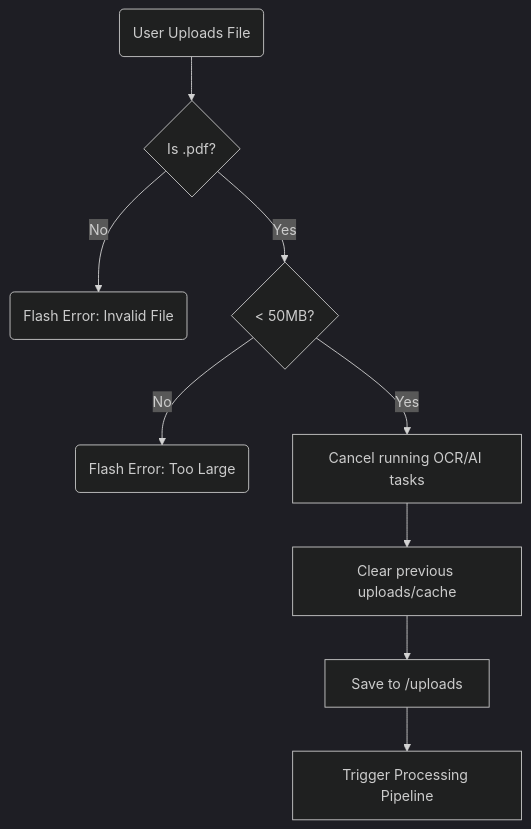
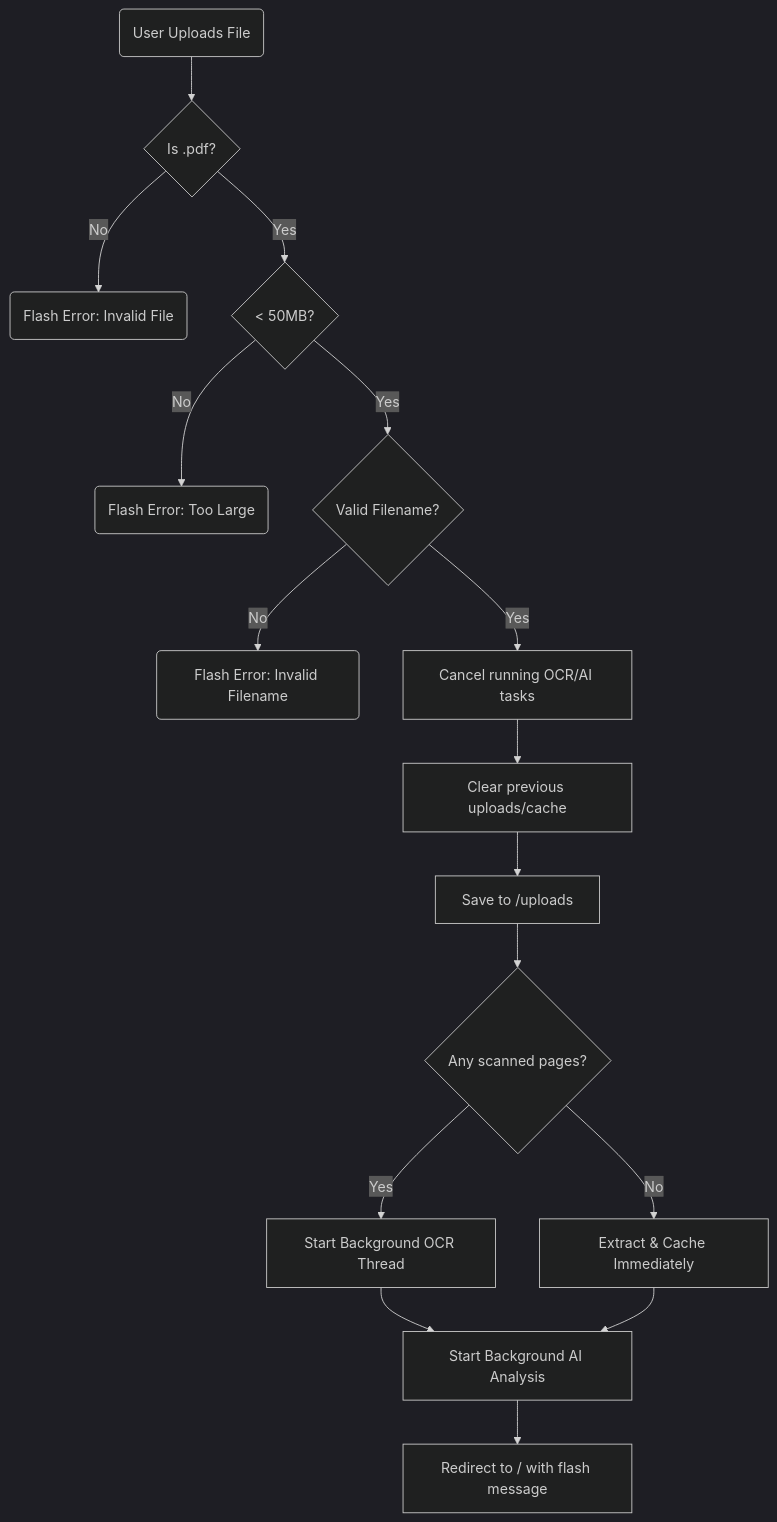
One commit to venkatesh-0910/fileSearchEngine changed the seventh of 10 diagrams in README.md. Above: the diagram before and after it, drawn with Mermaid (dark theme). The commit also changed other lines of this file, not shown here.

````diff
--- a/README.md
+++ b/README.md
@@ -297,11 +739,18 @@
 ```mermaid
 flowchart TD
     Start(User Uploads File) --> ValidExt{Is .pdf?}
     ValidExt -- No --> UIError("Flash Error: Invalid File")
     ValidExt -- Yes --> ValidSize{"< 50MB?"}
     ValidSize -- No --> UILarge("Flash Error: Too Large")
-    ValidSize -- Yes --> Cancel[Cancel running OCR/AI tasks]
+    ValidSize -- Yes --> ValidName{Valid Filename?}
+    ValidName -- No --> UIName("Flash Error: Invalid Filename")
+    ValidName -- Yes --> Cancel[Cancel running OCR/AI tasks]
     Cancel --> CleanCache[Clear previous uploads/cache]
     CleanCache --> Save[Save to /uploads]
-    Save --> Next[Trigger Processing Pipeline]
+    Save --> QuickScan{Any scanned pages?}
+    QuickScan -- Yes --> StartOCR[Start Background OCR Thread]
+    QuickScan -- No --> ExtractNow[Extract & Cache Immediately]
+    StartOCR --> StartAI[Start Background AI Analysis]
+    ExtractNow --> StartAI
+    StartAI --> Redirect[Redirect to / with flash message]
 ```
````
